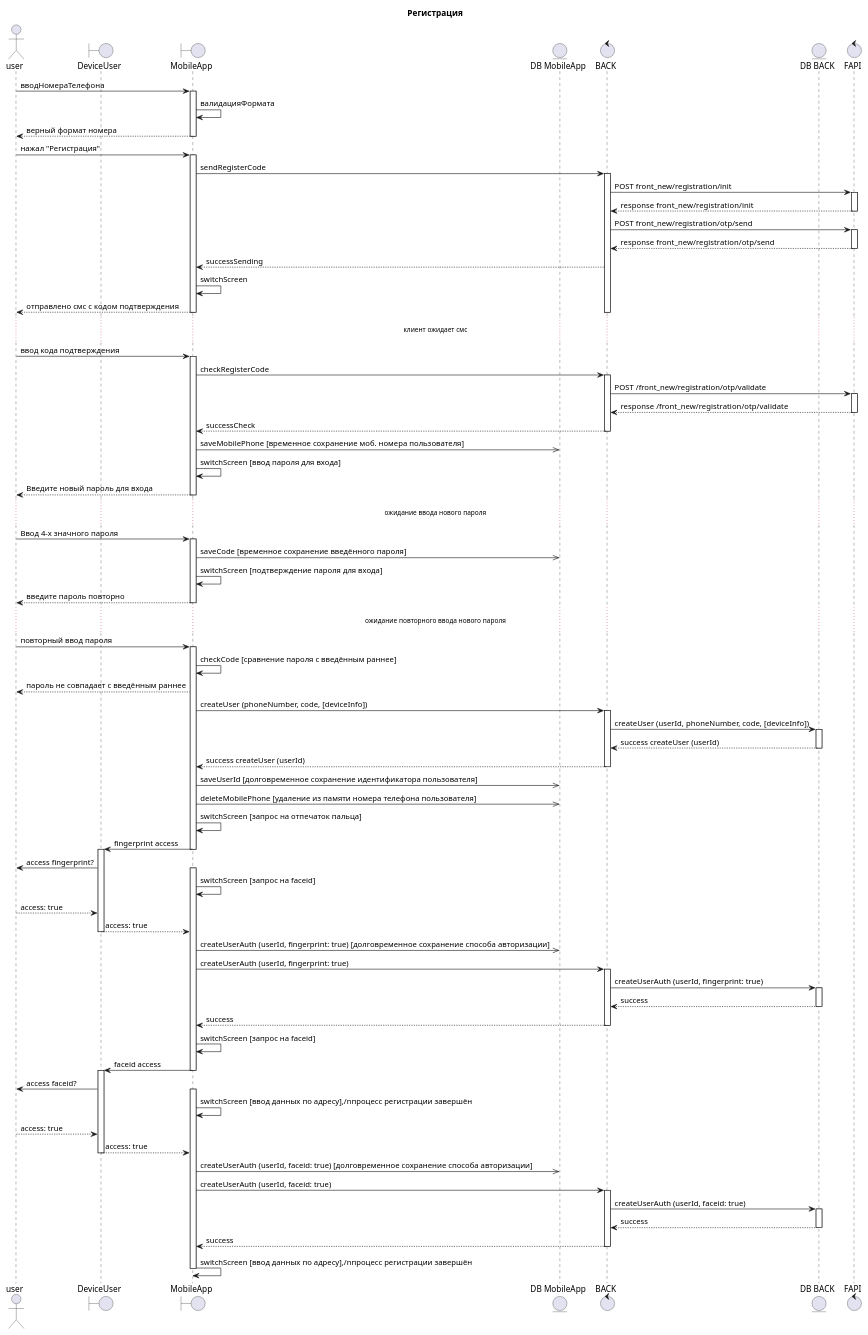
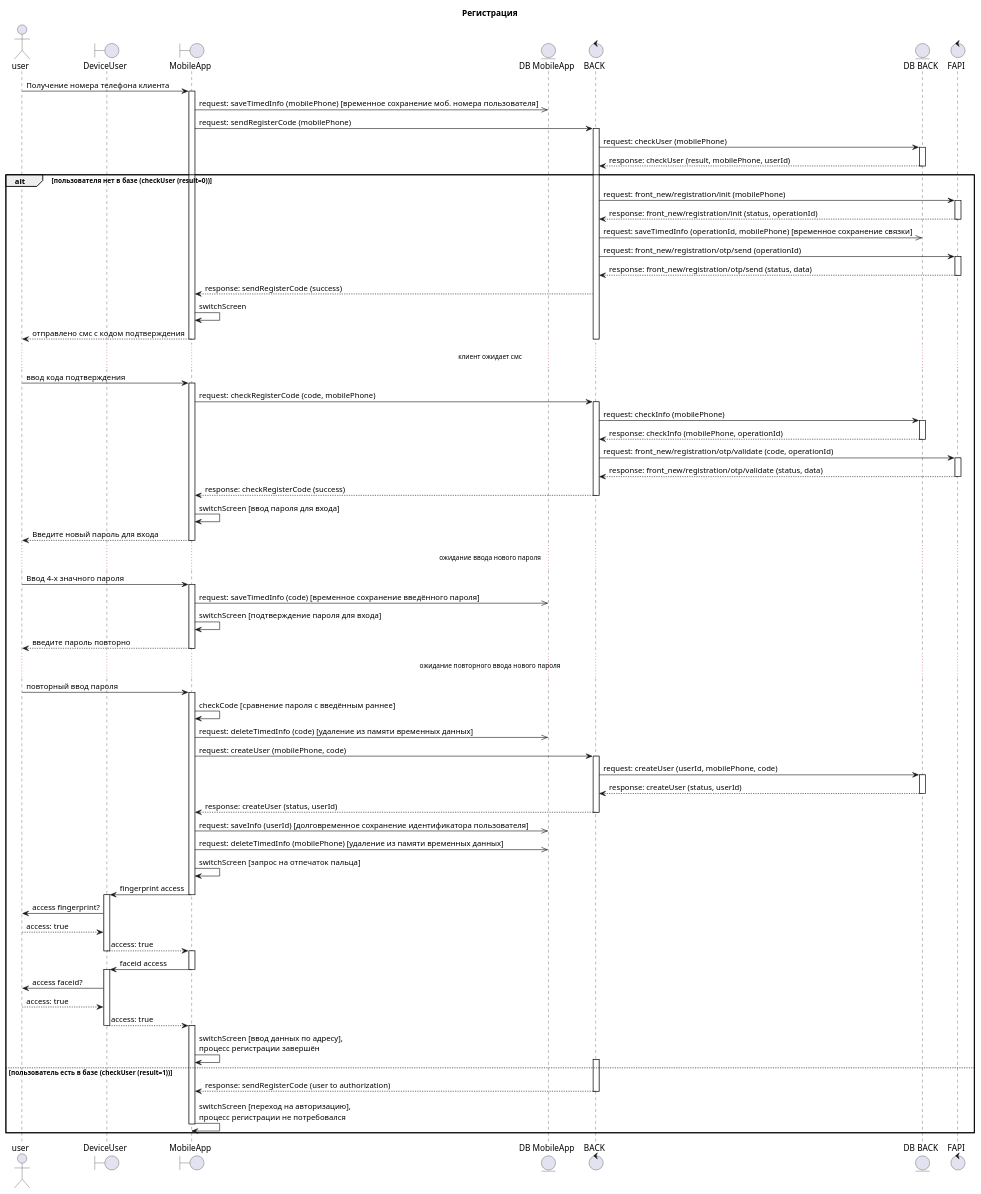
Before and after one commit to ArtWh0/UML-Scheme: the diagram in Регистрация/PlantUML_Регистрация.pu, drawn with PlantUML. The commit also changed 3 other files, not shown here.

```diff
--- a/Регистрация/PlantUML_Регистрация.pu
+++ b/Регистрация/PlantUML_Регистрация.pu
@@ -1,109 +1,101 @@
 @startuml
 title "Регистрация"
 actor user
 boundary "DeviceUser" as device
 boundary "MobileApp" as mobapp
 entity "DB MobileApp" as dbmob
 control "BACK" as back
 entity "DB BACK" as db
 control "FAPI" as fapi
-            user -> mobapp : вводНомераТелефона
-            activate mobapp
-                mobapp -> mobapp : валидацияФормата
-        mobapp --> user : верный формат номера
-            deactivate mobapp
-        user -> mobapp : нажал "Регистрация"
+
+        user -> mobapp : Получение номера телефона клиента
         activate mobapp
-            mobapp -> back : sendRegisterCode
+            mobapp ->> dbmob : request: saveTimedInfo (mobilePhone) [временное сохранение моб. номера пользователя]
+            mobapp -> back : request: sendRegisterCode (mobilePhone)
             activate back
-                back -> fapi : POST front_new/registration/init
+                back -> db : request: checkUser (mobilePhone)
+                activate db
+                    db --> back : response: checkUser (result, mobilePhone, userId)
+                deactivate db
+alt пользователя нет в базе (checkUser (result=0))
+                back -> fapi : request: front_new/registration/init (mobilePhone)
                 activate fapi
-                    fapi --> back : response  front_new/registration/init
+                    fapi --> back : response: front_new/registration/init (status, operationId)
                 deactivate fapi
-                back -> fapi : POST front_new/registration/otp/send
+                back ->> db : request: saveTimedInfo (operationId, mobilePhone) [временное сохранение связки]
+                back -> fapi : request: front_new/registration/otp/send (operationId)
                 activate fapi
-                    fapi --> back : response  front_new/registration/otp/send
+                    fapi --> back : response: front_new/registration/otp/send (status, data)
                 deactivate fapi
-                    back --> mobapp : successSending
+                    back --> mobapp : response: sendRegisterCode (success)
                     mobapp -> mobapp : switchScreen
                     mobapp --> user : отправлено смс с кодом подтверждения
             deactivate back
         deactivate mobapp
         ...клиент ожидает смс...
         user -> mobapp : ввод кода подтверждения
         activate mobapp
-            mobapp -> back : checkRegisterCode
+            mobapp -> back : request: checkRegisterCode (code, mobilePhone)
             activate back
-                back -> fapi : POST /front_new/registration/otp/validate
+                back -> db : request: checkInfo (mobilePhone)
+                activate db
+                    db --> back : response: checkInfo (mobilePhone, operationId)
+                deactivate db
+                back -> fapi : request: front_new/registration/otp/validate (code, operationId)
                 activate fapi
-                    fapi --> back : response  /front_new/registration/otp/validate
+                    fapi --> back : response: front_new/registration/otp/validate (status, data)
                 deactivate fapi
-                    back --> mobapp : successCheck
+                    back --> mobapp : response: checkRegisterCode (success)
             deactivate back
-            mobapp ->> dbmob : saveMobilePhone [временное сохранение моб. номера пользователя]
             mobapp -> mobapp : switchScreen [ввод пароля для входа]
             mobapp --> user : Введите новый пароль для входа
         deactivate mobapp
             ...ожидание ввода нового пароля...
             user -> mobapp : Ввод 4-х значного пароля
             activate mobapp
-                mobapp ->> dbmob : saveCode [временное сохранение введённого пароля]
+                mobapp ->> dbmob : request: saveTimedInfo (code) [временное сохранение введённого пароля]
                 mobapp -> mobapp : switchScreen [подтверждение пароля для входа]
                 mobapp --> user : введите пароль повторно
             deactivate mobapp
             ...ожидание повторного ввода нового пароля...
                     user -> mobapp : повторный ввод пароля
                     activate mobapp
                         mobapp -> mobapp : checkCode [сравнение пароля с введённым раннее]
-                        mobapp --> user : пароль не совпадает с введённым раннее
-                mobapp -> back : createUser (phoneNumber, code, [deviceInfo])
+                mobapp ->> dbmob : request: deleteTimedInfo (code) [удаление из памяти временных данных]
+                mobapp -> back : request: createUser (mobilePhone, code)
                 activate back
-                    back -> db : createUser (userId, phoneNumber, code, [deviceInfo])
+                    back -> db : request: createUser (userId, mobilePhone, code)
                     activate db
-                        db --> back : success createUser (userId)
+                        db --> back : response: createUser (status, userId)
                     deactivate db
-                    back --> mobapp : success createUser (userId)
+                    back --> mobapp : response: createUser (status, userId)
                 deactivate back
-                    mobapp ->> dbmob : saveUserId [долговременное сохранение идентификатора пользователя]
-                    mobapp ->> dbmob : deleteMobilePhone [удаление из памяти номера телефона пользователя]
+                    mobapp ->> dbmob : request: saveInfo (userId) [долговременное сохранение идентификатора пользователя]
+                    mobapp ->> dbmob : request: deleteTimedInfo (mobilePhone) [удаление из памяти временных данных]
                     mobapp -> mobapp : switchScreen [запрос на отпечаток пальца]
                     mobapp -> device : fingerprint access
                 deactivate mobapp
                 activate device
                     device -> user : access fingerprint?
-                    activate mobapp
-                    mobapp -> mobapp :  switchScreen [запрос на faceid]
                     user --> device : access: true
                     device --> mobapp : access: true
-                deactivate device
-                    mobapp ->> dbmob : createUserAuth (userId, fingerprint: true) [долговременное сохранение способа авторизации]
-                    mobapp -> back : createUserAuth (userId, fingerprint: true)
-                    activate back
-                        back -> db : createUserAuth (userId, fingerprint: true)
-                        activate db
-                            db --> back : success
-                        deactivate db
-                        back --> mobapp : success
-                    deactivate back
-                    mobapp -> mobapp :  switchScreen [запрос на faceid]
+                                    deactivate device
+                    activate mobapp
+
                     mobapp -> device : faceid access
                 deactivate mobapp
                 activate device
                     device -> user : access faceid?
-                    activate mobapp
-                    mobapp -> mobapp :  switchScreen [ввод данных по адресу],/nпроцесс регистрации завершён
                     user --> device : access: true
                     device --> mobapp : access: true
                 deactivate device
-                    mobapp ->> dbmob : createUserAuth (userId, faceid: true) [долговременное сохранение способа авторизации]
-                    mobapp -> back : createUserAuth (userId, faceid: true)
-                    activate back
-                        back -> db : createUserAuth (userId, faceid: true)
-                        activate db
-                            db --> back : success
-                        deactivate db
-                        back --> mobapp : success
-                    deactivate back
-                    mobapp -> mobapp :  switchScreen [ввод данных по адресу],/nпроцесс регистрации завершён
-                    deactivate mobapp
+                activate mobapp
+                    mobapp -> mobapp :  switchScreen [ввод данных по адресу],\nпроцесс регистрации завершён
+else пользователь есть в базе (checkUser (result=1))
+activate back
+back --> mobapp : response: sendRegisterCode (user to authorization)
+deactivate back
+mobapp -> mobapp :  switchScreen [переход на авторизацию],\nпроцесс регистрации не потребовался
+                        deactivate mobapp
+end
 @enduml
```
